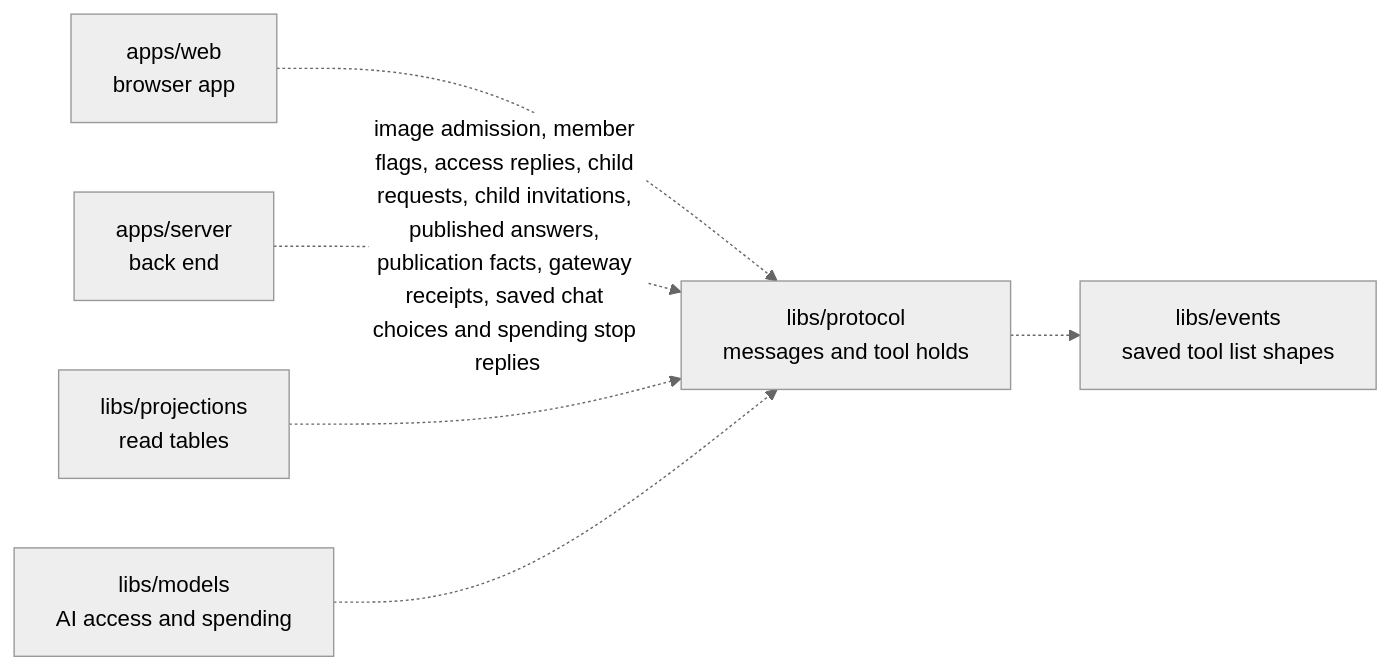
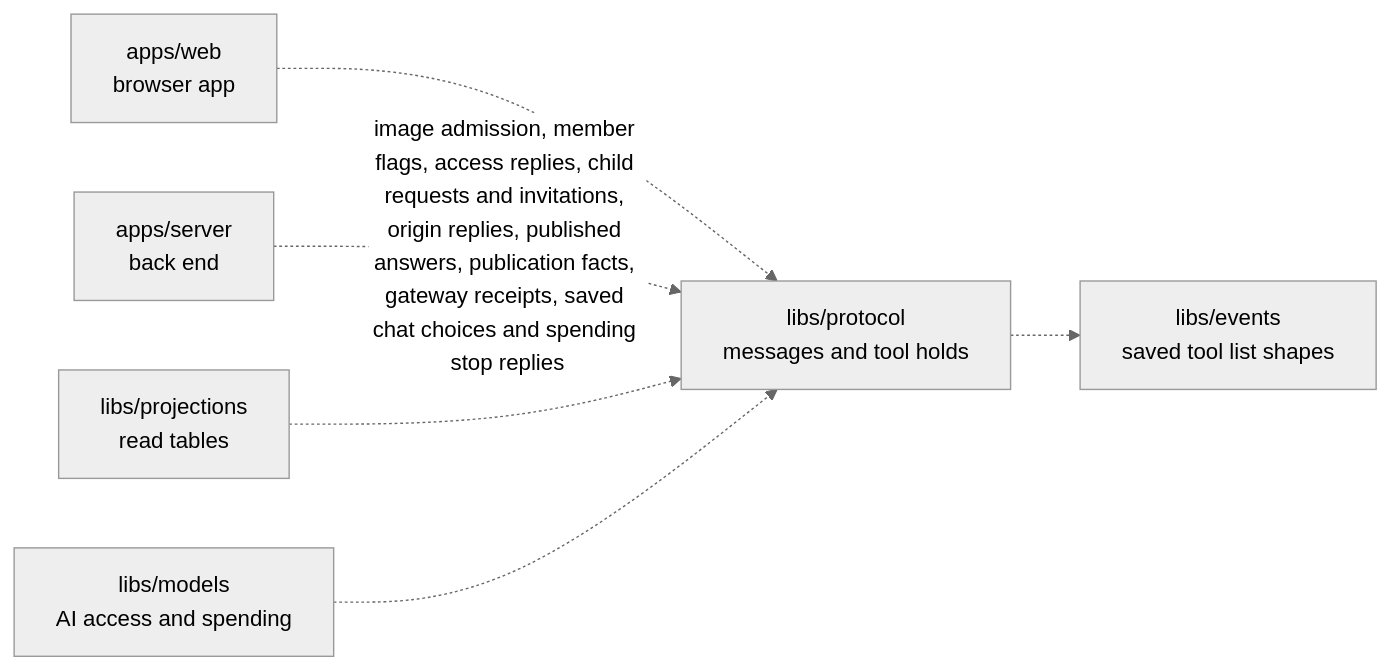
The diagram in libs/protocol/README.md (elewa-git/opencrane-new), drawn with Mermaid (neutral theme) before and after one commit. The commit also changed other lines of this file and 11 other files, not shown here.

````diff
--- a/libs/protocol/README.md
+++ b/libs/protocol/README.md
@@ -11,8 +11,8 @@
 ```mermaid
 flowchart LR
   web["apps/web<br/>browser app"] -.-> protocol["libs/protocol<br/>messages and tool holds"]
-  server["apps/server<br/>back end"] -.->|image admission, member flags, access replies, child requests, child invitations, published answers, publication facts, gateway receipts, saved chat choices and spending stop replies| protocol
+  server["apps/server<br/>back end"] -.->|image admission, member flags, access replies, child requests and invitations, origin replies, published answers, publication facts, gateway receipts, saved chat choices and spending stop replies| protocol
   projections["libs/projections<br/>read tables"] -.-> protocol
   models["libs/models<br/>AI access and spending"] -.-> protocol
   protocol -.-> events["libs/events<br/>saved tool list shapes"]
 ```
````
